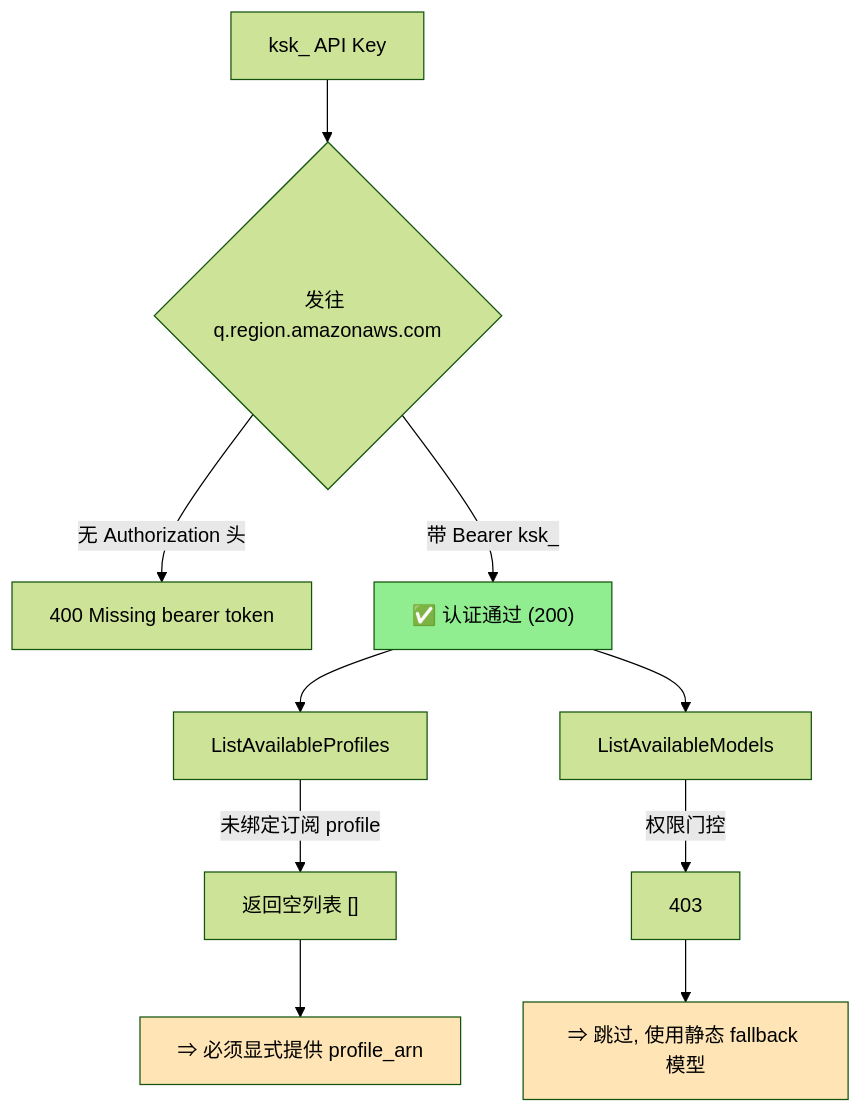
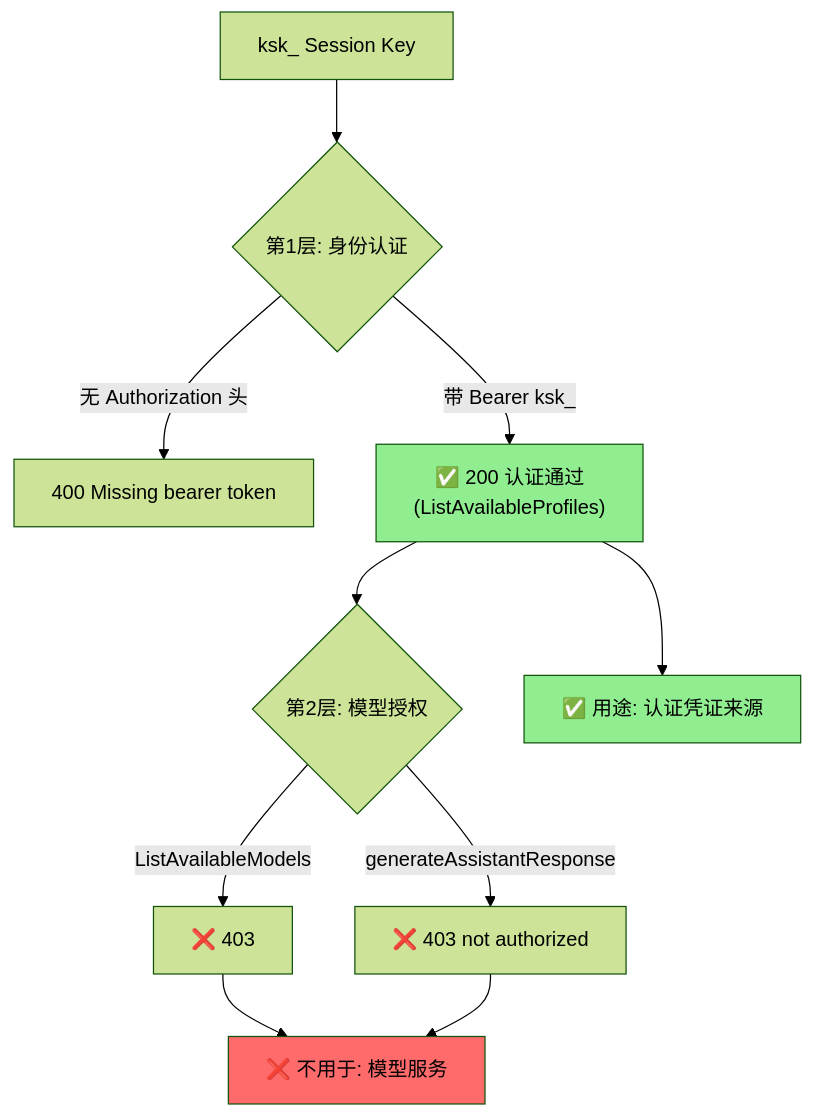
Before and after one commit to liangyimingcom/kiro-gateway_jwadow: the second of 5 diagrams in docs/zh/API_KEY_AUTH_DESIGN.md, drawn with Mermaid (forest theme). The commit also changed other lines of this file and 9 other files, not shown here.

````diff
--- a/docs/zh/API_KEY_AUTH_DESIGN.md
+++ b/docs/zh/API_KEY_AUTH_DESIGN.md
@@ -42,18 +53,17 @@
 ```mermaid
 flowchart TD
-    K["ksk_ API Key"] --> AUTH{发往 q.region.amazonaws.com}
-    AUTH -->|无 Authorization 头| E400["400 Missing bearer token"]
-    AUTH -->|带 Bearer ksk_| OK["✅ 认证通过 (200)"]
+    K["ksk_ Session Key"] --> L1{"第1层: 身份认证"}
+    L1 -->|无 Authorization 头| E1["400 Missing bearer token"]
+    L1 -->|带 Bearer ksk_| OK1["✅ 200 认证通过<br/>(ListAvailableProfiles)"]
+    OK1 --> L2{"第2层: 模型授权"}
+    L2 -->|"ListAvailableModels"| F403["❌ 403"]
+    L2 -->|"generateAssistantResponse"| F403b["❌ 403 not authorized"]
 
-    OK --> LP["ListAvailableProfiles"]
-    OK --> LM["ListAvailableModels"]
-    LP -->|未绑定订阅 profile| EMPTY["返回空列表 []"]
-    LM -->|权限门控| F403["403"]
+    OK1 --> USE["✅ 用途: 认证凭证来源"]
+    F403 --> NOUSE["❌ 不用于: 模型服务"]
+    F403b --> NOUSE
 
-    EMPTY --> NEED["⇒ 必须显式提供 profile_arn"]
-    F403 --> STATIC["⇒ 跳过, 使用静态 fallback 模型"]
-
-    style OK fill:#90EE90
-    style NEED fill:#FFE4B5
-    style STATIC fill:#FFE4B5
+    style OK1 fill:#90EE90
+    style USE fill:#90EE90
+    style NOUSE fill:#ff6b6b
 ```
````
